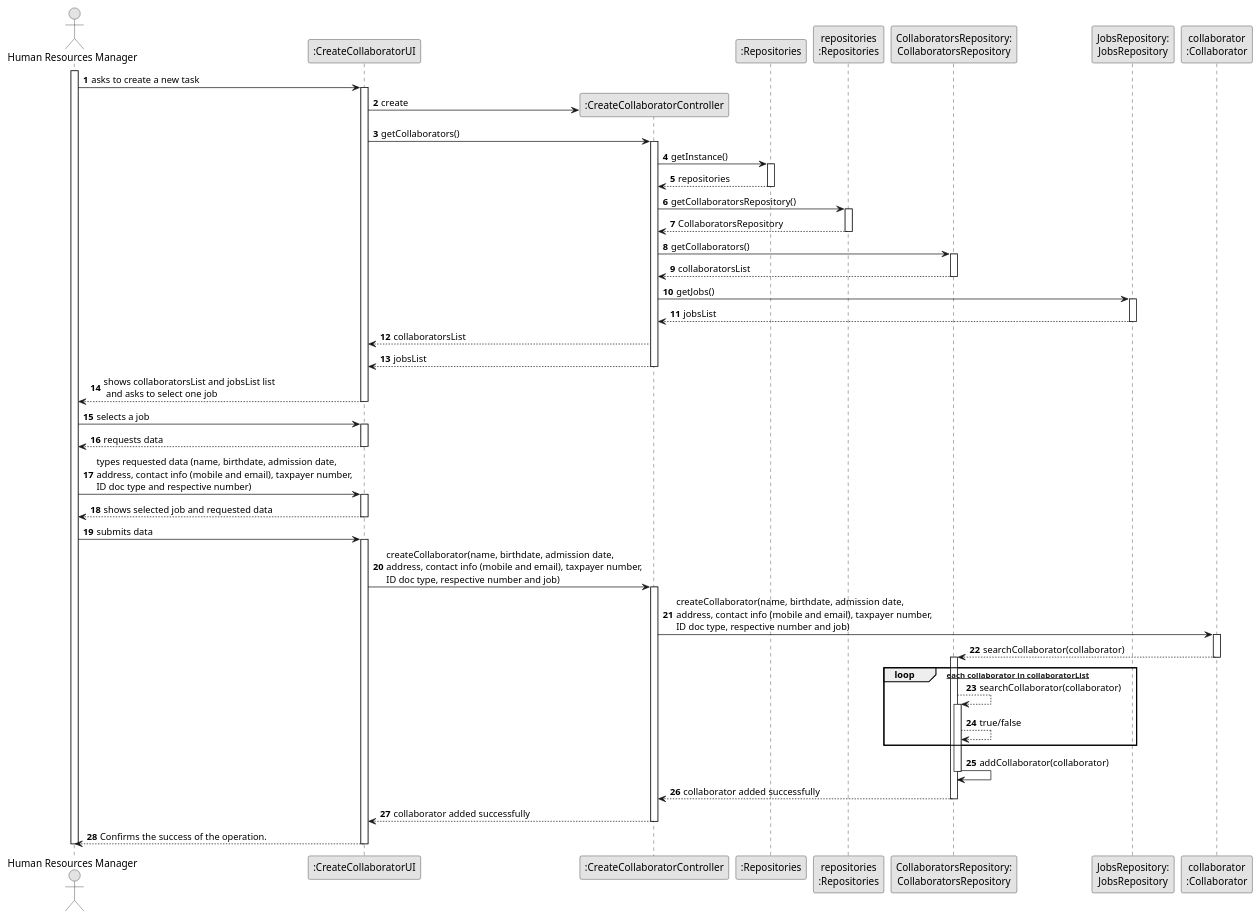
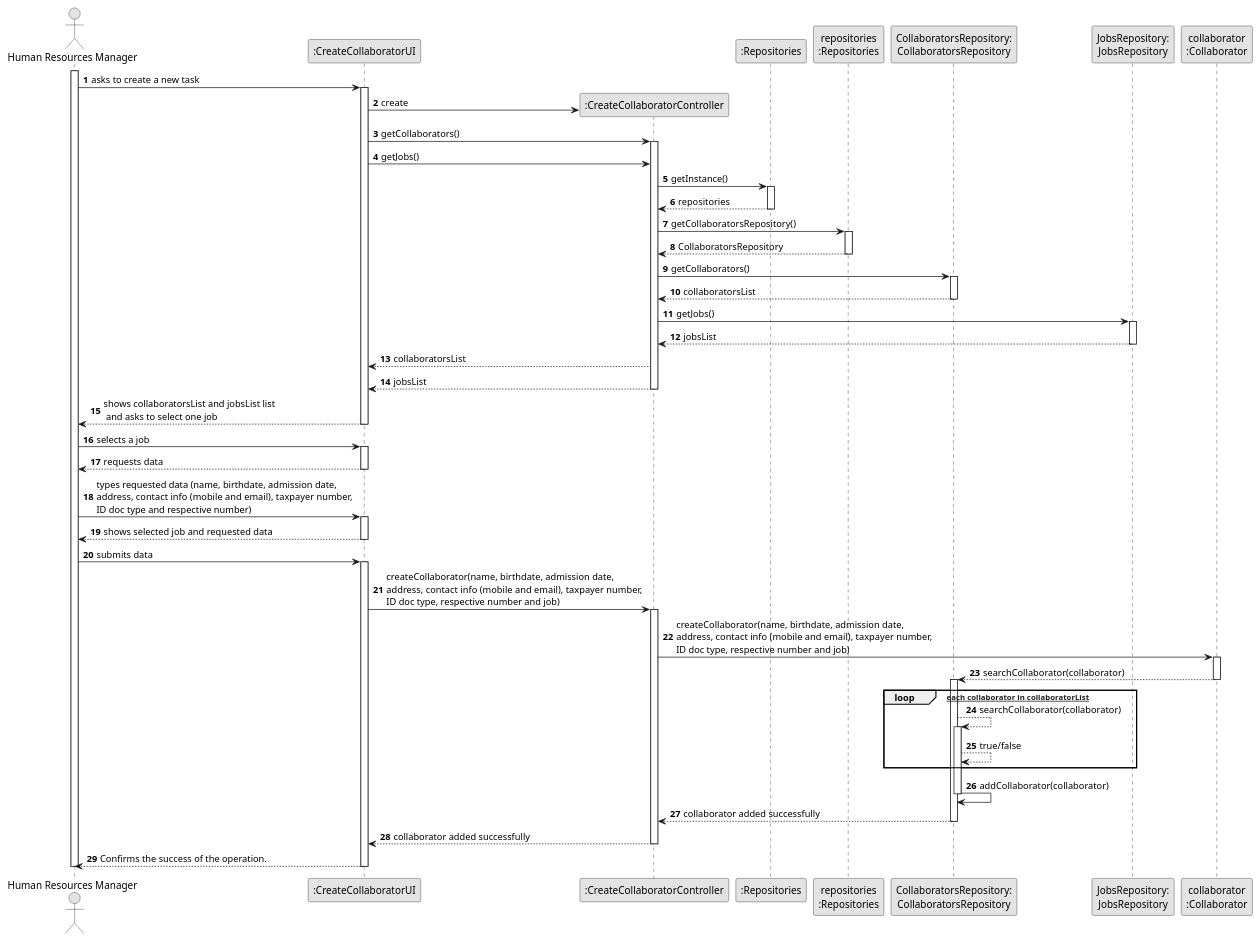
One commit to SAEmanuel/Green_Spaces_Management_ISEP changed the diagram in docs/sprintB/us003/03.design/puml/us003-sequence-diagram-full.puml. Above: the diagram before and after it, drawn with PlantUML.

Commit message:
US3 Sequence diagram fourth draft

```diff
--- a/docs/sprintB/us003/03.design/puml/us003-sequence-diagram-full.puml
+++ b/docs/sprintB/us003/03.design/puml/us003-sequence-diagram-full.puml
@@ -1,107 +1,108 @@
 @startuml
 skinparam monochrome true
 skinparam packageStyle rectangle
 skinparam shadowing false
 
 autonumber
 
 'hide footbox
 actor "Human Resources Manager" as HRM
 participant ":CreateCollaboratorUI" as UI
 participant ":CreateCollaboratorController" as CTRL
 participant ":Repositories" as RepositorySingleton
 participant "repositories\n:Repositories" as PLAT
 participant "CollaboratorsRepository:\nCollaboratorsRepository" as CollaboratorsRepository
 participant "JobsRepository:\nJobsRepository" as JobsRepository
 participant "collaborator\n:Collaborator" as Collaborator
 
 activate HRM
 
         HRM -> UI : asks to create a new task
 
         activate UI
 
             UI -> CTRL** : create
 
             UI -> CTRL : getCollaborators()
             activate CTRL
+            UI -> CTRL : getJobs()
 
                 CTRL -> RepositorySingleton : getInstance()
                 activate RepositorySingleton
 
                     RepositorySingleton --> CTRL: repositories
                 deactivate RepositorySingleton
 
                 CTRL -> PLAT : getCollaboratorsRepository()
                 activate PLAT
 
                     PLAT --> CTRL: CollaboratorsRepository
                 deactivate PLAT
 
                 CTRL -> CollaboratorsRepository : getCollaborators()
                 activate CollaboratorsRepository
 
                     CollaboratorsRepository --> CTRL : collaboratorsList
                 deactivate CollaboratorsRepository
 
                 CTRL -> JobsRepository : getJobs()
                 activate JobsRepository
 
                     JobsRepository --> CTRL : jobsList
                 deactivate JobsRepository
 
                 CTRL --> UI : collaboratorsList
                 CTRL --> UI : jobsList
             deactivate CTRL
 
             UI --> HRM : shows collaboratorsList and jobsList list\n and asks to select one job
         deactivate UI
 
     HRM -> UI : selects a job
     activate UI
 
         UI --> HRM : requests data
     deactivate UI
 
     HRM -> UI : types requested data (name, birthdate, admission date,\naddress, contact info (mobile and email), taxpayer number,\nID doc type and respective number)
     activate UI
 
         UI --> HRM : shows selected job and requested data
     deactivate UI
 
     HRM -> UI : submits data
     activate UI
 
         UI -> CTRL : createCollaborator(name, birthdate, admission date,\naddress, contact info (mobile and email), taxpayer number,\nID doc type, respective number and job)
         activate CTRL
 
             CTRL -> Collaborator : createCollaborator(name, birthdate, admission date,\naddress, contact info (mobile and email), taxpayer number,\nID doc type, respective number and job)
             activate Collaborator
 
             Collaborator --> CollaboratorsRepository : searchCollaborator(collaborator)
             deactivate Collaborator
             activate CollaboratorsRepository
 
             loop [for each collaborator in collaboratorList]
                 CollaboratorsRepository --> CollaboratorsRepository: searchCollaborator(collaborator)
                 activate CollaboratorsRepository
                     CollaboratorsRepository --> CollaboratorsRepository: true/false
             end
 
             CollaboratorsRepository -> CollaboratorsRepository : addCollaborator(collaborator)
                             deactivate CollaboratorsRepository
 
         CollaboratorsRepository --> CTRL : collaborator added successfully
         deactivate CollaboratorsRepository
         deactivate Collaborator
 
         CTRL --> UI: collaborator added successfully
         deactivate CTRL
 
         UI --> HRM: Confirms the success of the operation.
 
     deactivate UI
 
 deactivate HRM
 
 @enduml
```
